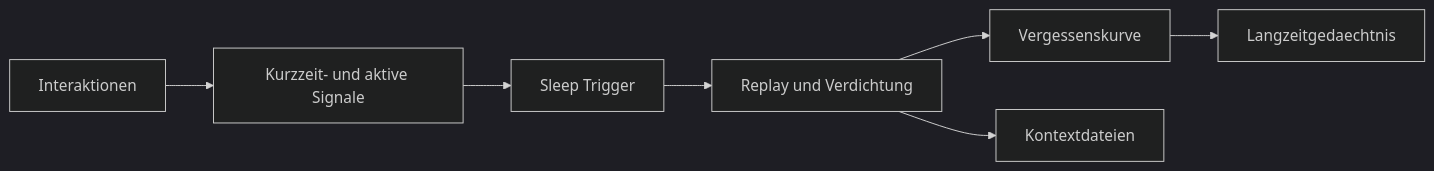
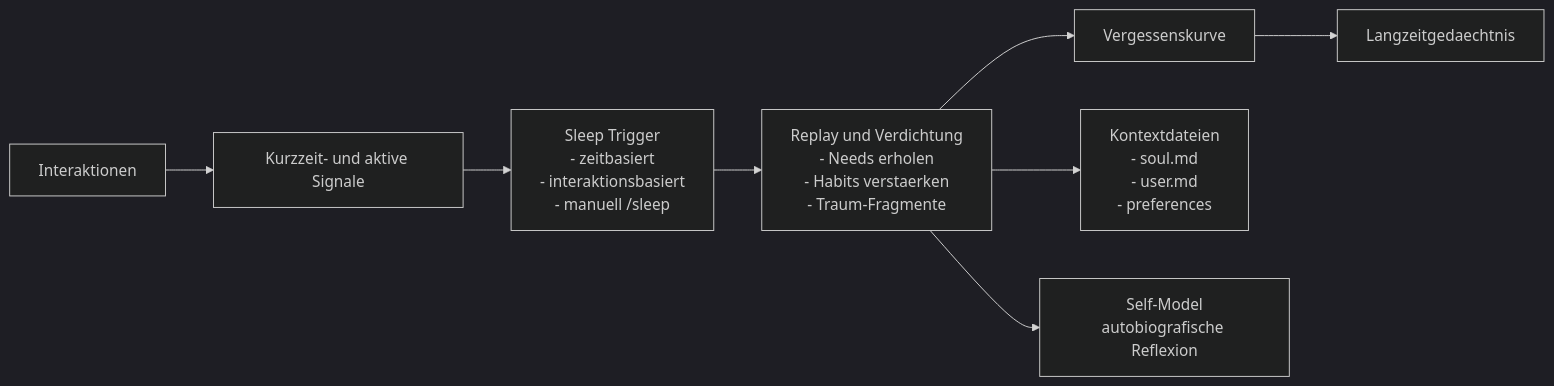
Before and after one commit to 017pixel/CHAPPiE: the second of 3 diagrams in docs/workflows.md, drawn with Mermaid (dark theme). The commit also changed other lines of this file and 5 other files, not shown here.

Commit message:
docs: README-Diagramme erweitert, Docs auf aktuellen Stand gebracht, LLM-Optimierungsplan angelegt

````diff
--- a/docs/workflows.md
+++ b/docs/workflows.md
@@ -39,9 +72,10 @@
 ```mermaid
 flowchart LR
     I["Interaktionen"] --> STM["Kurzzeit- und aktive Signale"]
-    STM --> SLEEP["Sleep Trigger"]
-    SLEEP --> REPLAY["Replay und Verdichtung"]
+    STM --> SLEEP["Sleep Trigger\n- zeitbasiert\n- interaktionsbasiert\n- manuell /sleep"]
+    SLEEP --> REPLAY["Replay und Verdichtung\n- Needs erholen\n- Habits verstaerken\n- Traum-Fragmente"]
     REPLAY --> DECAY["Vergessenskurve"]
     DECAY --> LTM["Langzeitgedaechtnis"]
-    REPLAY --> CTX["Kontextdateien"]
+    REPLAY --> CTX["Kontextdateien\n- soul.md\n- user.md\n- preferences"]
+    REPLAY --> SELF["Self-Model\nautobiografische Reflexion"]
 ```
````
